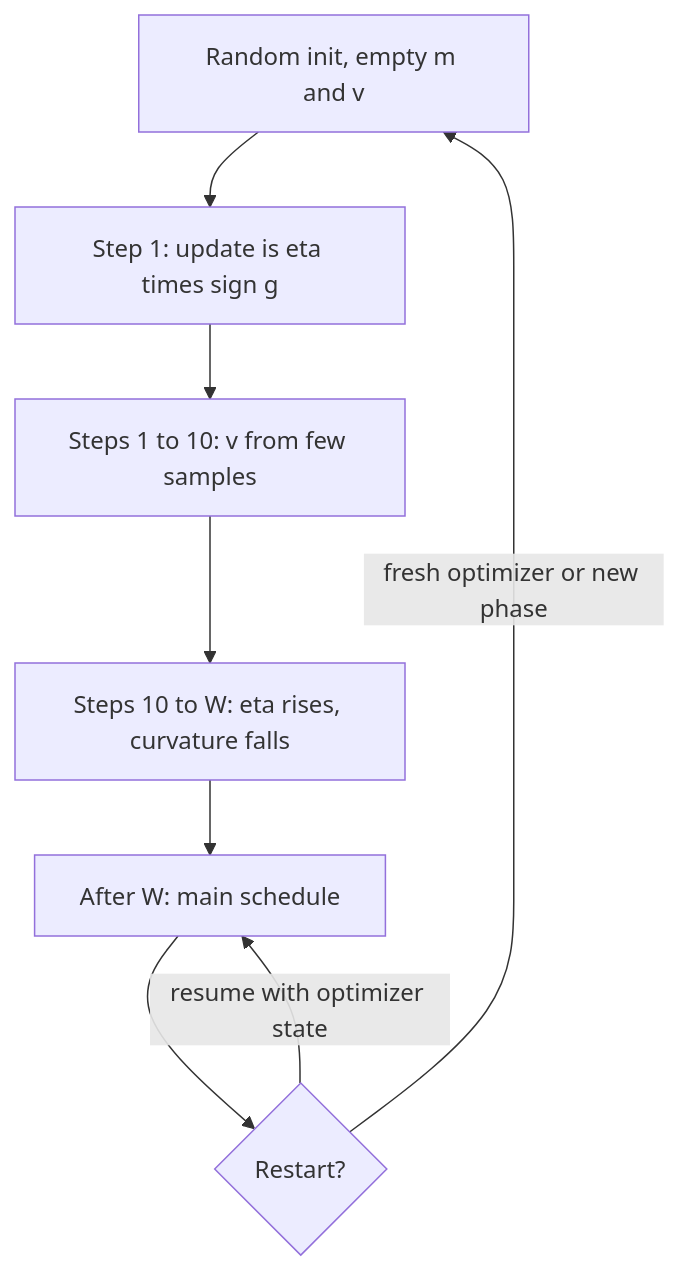
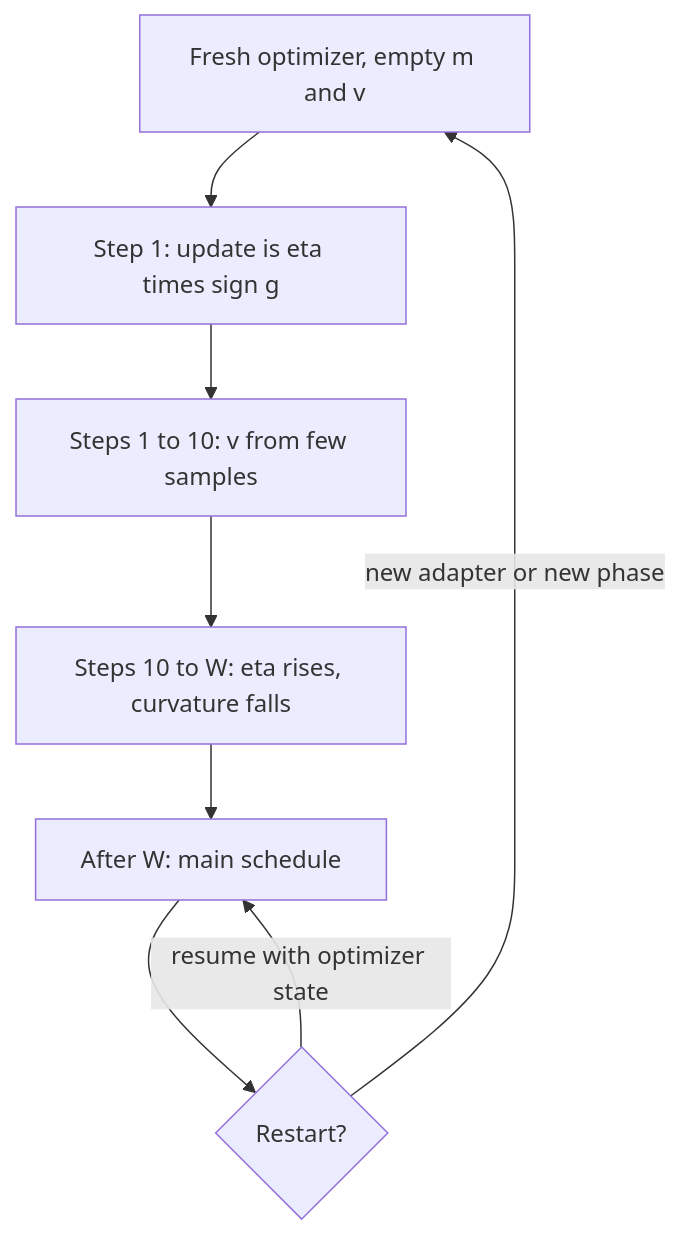
One commit to lovishmahajan97/agentic-learning changed the diagram in content/ml-fundamentals/warmup.md. Above: the diagram before and after it, drawn with Mermaid. The commit also changed other lines of this file and 266 other files, not shown here.

````diff
--- a/content/ml-fundamentals/warmup.md
+++ b/content/ml-fundamentals/warmup.md
@@ -106,10 +131,10 @@
 ```mermaid
 flowchart TD
-    A["Random init, empty m and v"] --> B["Step 1: update is eta times sign g"]
+    A["Fresh optimizer, empty m and v"] --> B["Step 1: update is eta times sign g"]
     B --> C["Steps 1 to 10: v from few samples"]
     C --> D["Steps 10 to W: eta rises, curvature falls"]
     D --> E["After W: main schedule"]
     E --> F{"Restart?"}
     F -->|"resume with optimizer state"| E
-    F -->|"fresh optimizer or new phase"| A
+    F -->|"new adapter or new phase"| A
 ```
````
